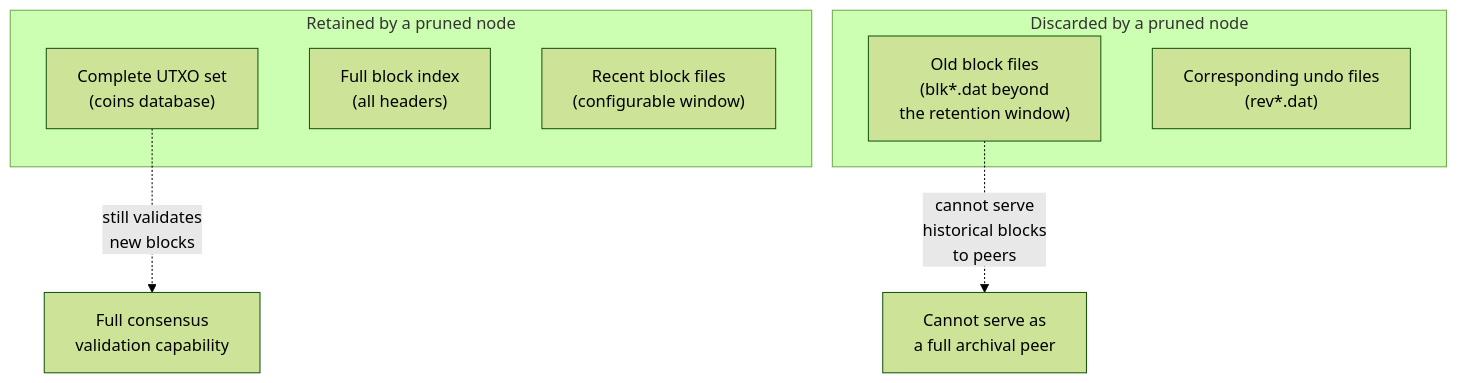
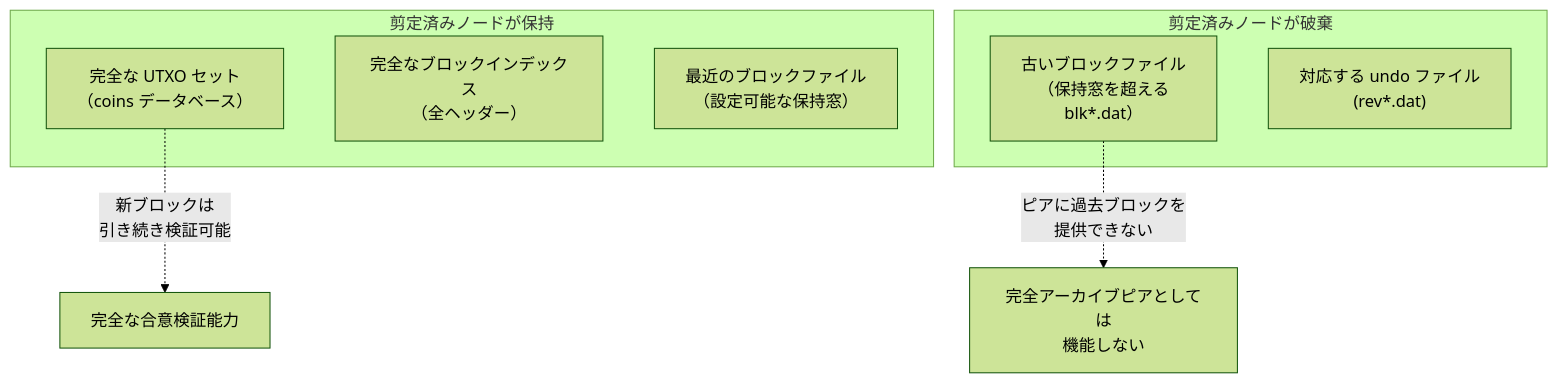
The sixth of 7 diagrams in src/data/translations/ja/design/2009-01-03-bitcoin-storage-design.md (cypher256/BitcoinArchive), drawn with Mermaid (forest theme) before and after one commit. The commit also changed other lines of this file and 11 other files, not shown here.

````diff
--- a/src/data/translations/ja/design/2009-01-03-bitcoin-storage-design.md
+++ b/src/data/translations/ja/design/2009-01-03-bitcoin-storage-design.md
@@ -233,16 +233,16 @@
 ```mermaid
 flowchart TB
-    subgraph KEPT["Retained by a pruned node"]
-        UTXO["Complete UTXO set<br/>(coins database)"]
-        IDX["Full block index<br/>(all headers)"]
-        RECENT["Recent block files<br/>(configurable window)"]
+    subgraph KEPT["剪定済みノードが保持"]
+        UTXO["完全な UTXO セット<br/>（coins データベース）"]
+        IDX["完全なブロックインデックス<br/>（全ヘッダー）"]
+        RECENT["最近のブロックファイル<br/>（設定可能な保持窓）"]
     end
 
-    subgraph DISCARDED["Discarded by a pruned node"]
-        OLD["Old block files<br/>(blk*.dat beyond<br/>the retention window)"]
-        OLD_UNDO["Corresponding undo files<br/>(rev*.dat)"]
+    subgraph DISCARDED["剪定済みノードが破棄"]
+        OLD["古いブロックファイル<br/>（保持窓を超える<br/>blk*.dat）"]
+        OLD_UNDO["対応する undo ファイル<br/>(rev*.dat)"]
     end
 
-    UTXO -. "still validates<br/>new blocks" .-> VALID["Full consensus<br/>validation capability"]
-    OLD -. "cannot serve<br/>historical blocks<br/>to peers" .-> LIMIT["Cannot serve as<br/>a full archival peer"]
+    UTXO -. "新ブロックは<br/>引き続き検証可能" .-> VALID["完全な合意検証能力"]
+    OLD -. "ピアに過去ブロックを<br/>提供できない" .-> LIMIT["完全アーカイブピアとしては<br/>機能しない"]
 ```
````
